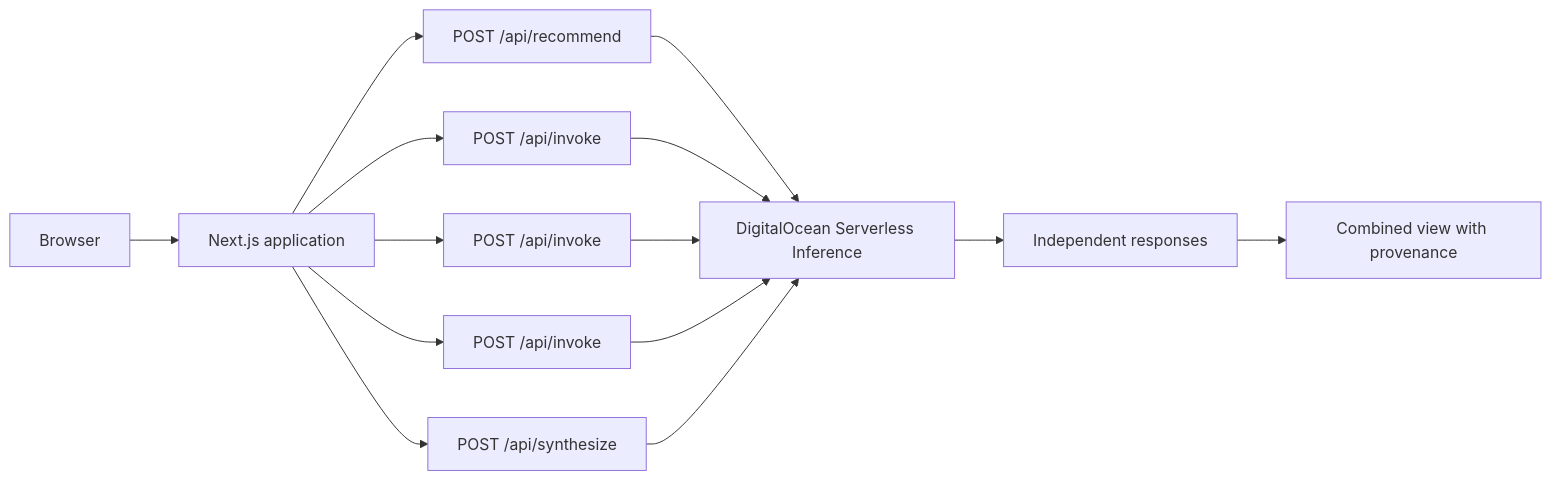
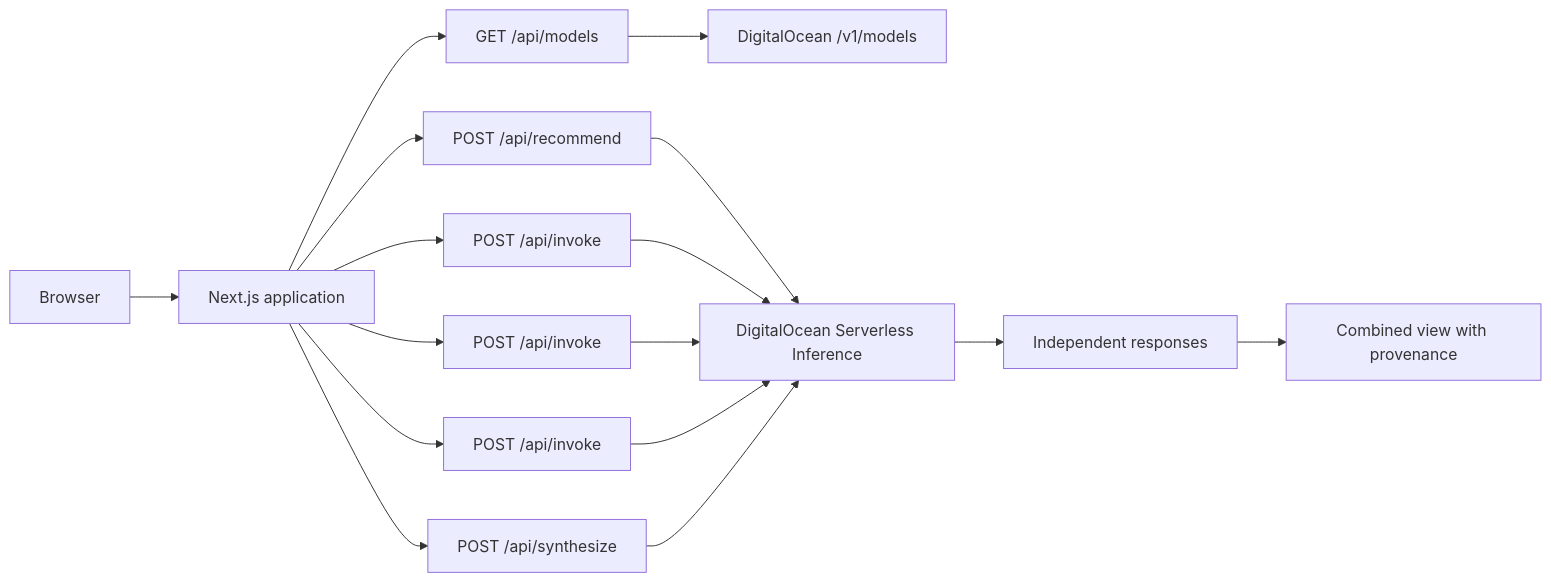
Before and after one commit to AnkitKhowal/model-council: the diagram in README.md, drawn with Mermaid. The commit also changed other lines of this file, not shown here.

````diff
--- a/README.md
+++ b/README.md
@@ -37,14 +37,16 @@
 ```mermaid
 flowchart LR
   U[Browser] --> W[Next.js application]
+  W --> M[GET /api/models]
+  M --> CATALOG[DigitalOcean /v1/models]
   W --> A[POST /api/recommend]
   A --> DO[DigitalOcean Serverless Inference]
   W --> I1[POST /api/invoke]
   W --> I2[POST /api/invoke]
   W --> I3[POST /api/invoke]
   I1 & I2 & I3 --> DO
   W --> S[POST /api/synthesize]
   S --> DO
   DO --> R[Independent responses]
   R --> C[Combined view with provenance]
 ```
````
